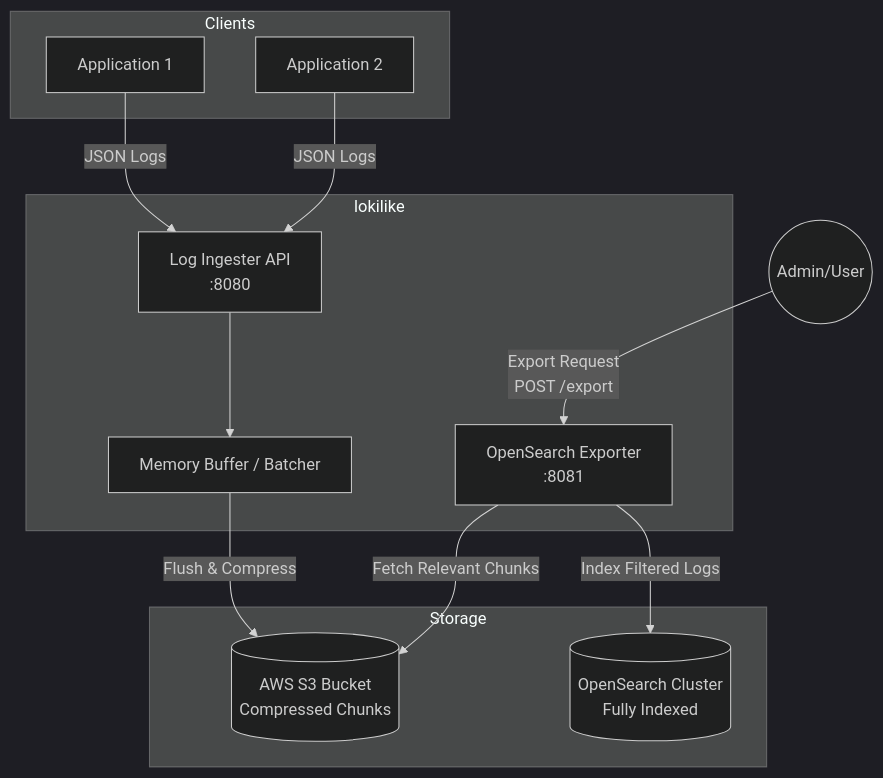
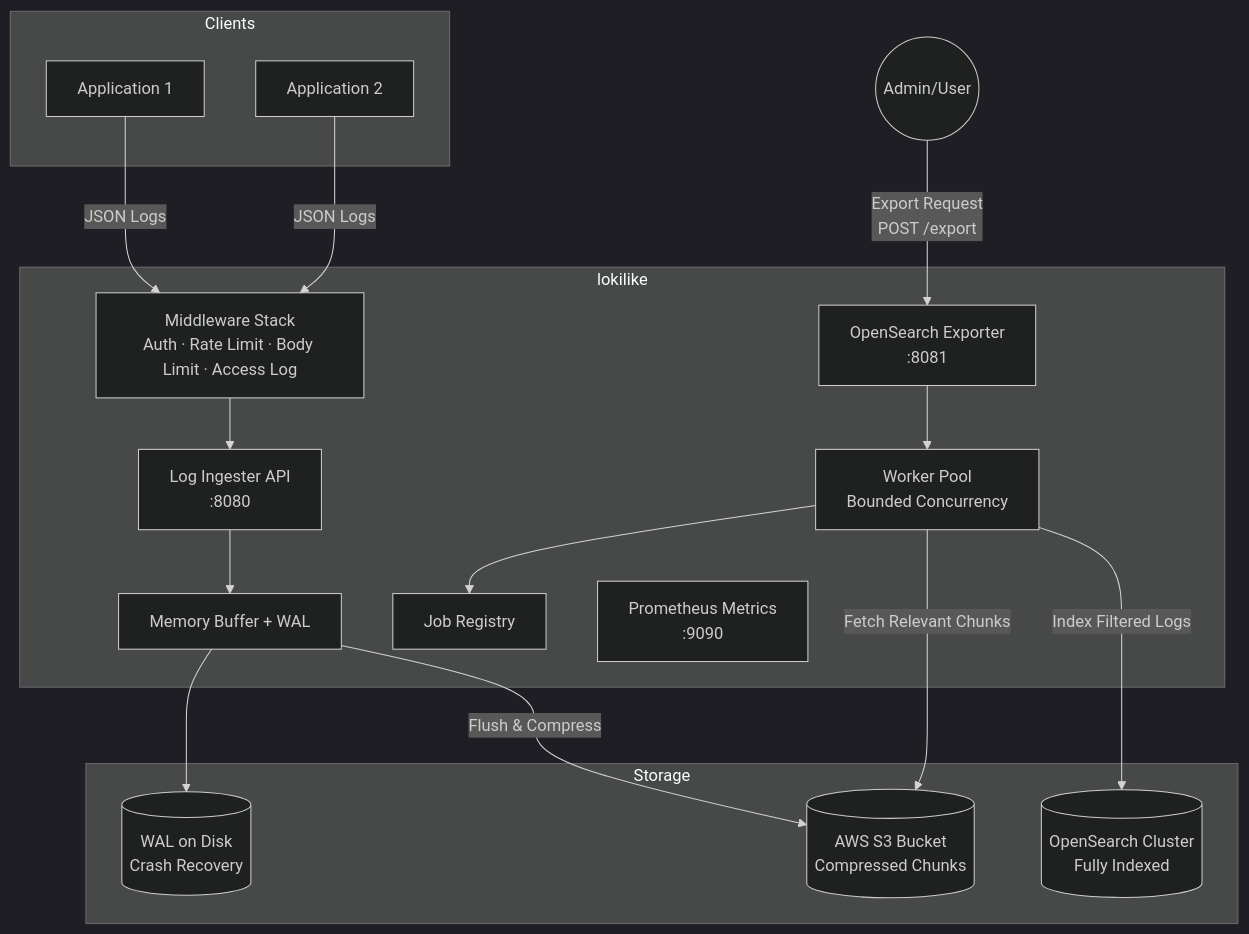
One commit to jshure/lokilike changed the first of 2 diagrams in README.md. Above: the diagram before and after it, drawn with Mermaid (dark theme). The commit also changed other lines of this file and 17 other files, not shown here.

````diff
--- a/README.md
+++ b/README.md
@@ -7,27 +7,36 @@
 ```mermaid
 graph TD
     subgraph Clients
         App1[Application 1]
         App2[Application 2]
     end
 
     subgraph "lokilike"
+        MW[Middleware Stack<br/>Auth · Rate Limit · Body Limit · Access Log]
         Ingester[Log Ingester API<br/>:8080]
-        Buffer[Memory Buffer / Batcher]
+        Buffer[Memory Buffer + WAL]
         Exporter[OpenSearch Exporter<br/>:8081]
+        Pool[Worker Pool<br/>Bounded Concurrency]
+        Registry[Job Registry]
+        Metrics[Prometheus Metrics<br/>:9090]
     end
 
     subgraph Storage
         S3[(AWS S3 Bucket<br/>Compressed Chunks)]
         OS[(OpenSearch Cluster<br/>Fully Indexed)]
+        WAL[(WAL on Disk<br/>Crash Recovery)]
     end
 
-    App1 -->|JSON Logs| Ingester
-    App2 -->|JSON Logs| Ingester
+    App1 -->|JSON Logs| MW
+    App2 -->|JSON Logs| MW
+    MW --> Ingester
     Ingester --> Buffer
+    Buffer --> WAL
     Buffer -->|Flush & Compress| S3
 
     Admin((Admin/User)) -->|Export Request<br/>POST /export| Exporter
-    Exporter -->|Fetch Relevant Chunks| S3
-    Exporter -->|Index Filtered Logs| OS
+    Exporter --> Pool
+    Pool --> Registry
+    Pool -->|Fetch Relevant Chunks| S3
+    Pool -->|Index Filtered Logs| OS
 ```
````
